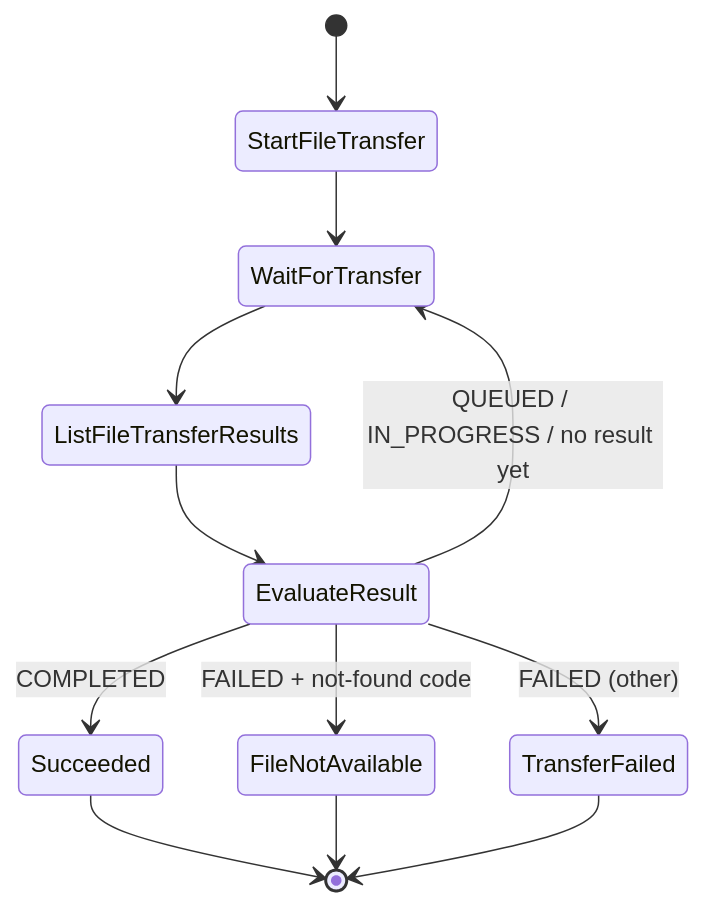
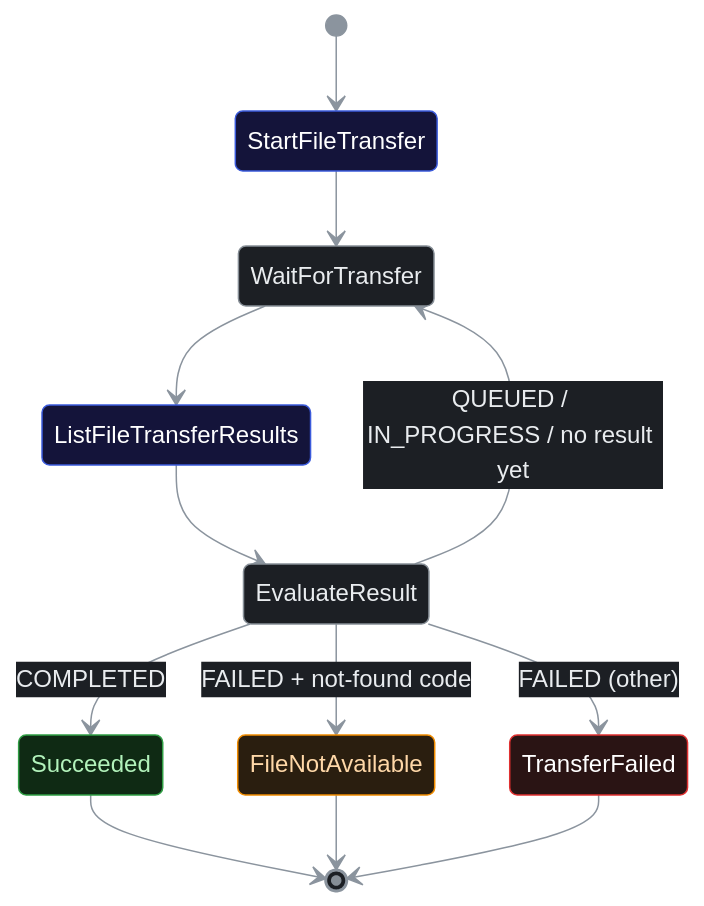
The diagram in docs/architecture/component-specs.md (neolace/reimagined-robot), drawn with Mermaid before and after one commit. The commit also changed 7 other files, not shown here.

````diff
--- a/docs/architecture/component-specs.md
+++ b/docs/architecture/component-specs.md
@@ -203,14 +203,24 @@
 ```mermaid
+%%{init: {"theme": "base", "themeVariables": {"darkMode": true, "background": "#0d1117", "primaryColor": "#1c1f24", "primaryTextColor": "#e9ecef", "primaryBorderColor": "#868e96", "lineColor": "#8b949e", "arrowheadColor": "#8b949e", "clusterBkg": "#161b22", "clusterBorder": "#495057", "titleColor": "#e9ecef", "edgeLabelBackground": "#1c1f24", "noteBkgColor": "#2a1e0f", "noteTextColor": "#ffd8a8", "noteBorderColor": "#f08c00"}}}%%
 stateDiagram-v2
     [*] --> StartFileTransfer
     StartFileTransfer --> WaitForTransfer
     WaitForTransfer --> ListFileTransferResults
     ListFileTransferResults --> EvaluateResult
     EvaluateResult --> WaitForTransfer: QUEUED / IN_PROGRESS / no result yet
     EvaluateResult --> Succeeded: COMPLETED
     EvaluateResult --> FileNotAvailable: FAILED + not-found code
     EvaluateResult --> TransferFailed: FAILED (other)
     Succeeded --> [*]
     FileNotAvailable --> [*]
     TransferFailed --> [*]
+
+    classDef blue fill:#14143a,stroke:#3b5bdb,color:#fff
+    classDef green fill:#0f2a14,stroke:#2f9e44,color:#b2f2bb
+    classDef orange fill:#2a1e0f,stroke:#f08c00,color:#ffd8a8
+    classDef red fill:#2a1414,stroke:#e03131,color:#fff
+    class StartFileTransfer, ListFileTransferResults blue
+    class Succeeded green
+    class FileNotAvailable orange
+    class TransferFailed red
 ```
````
